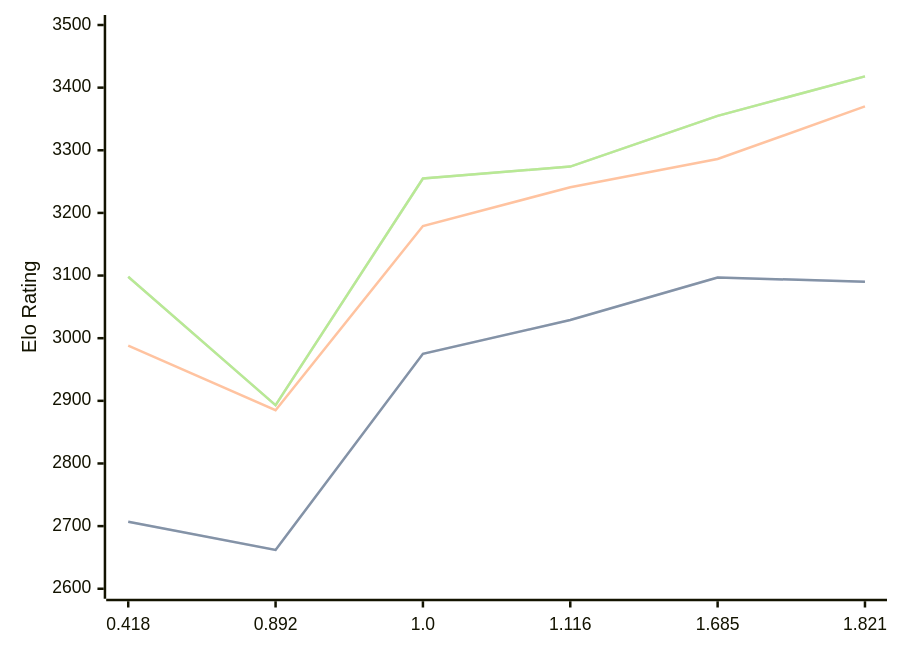
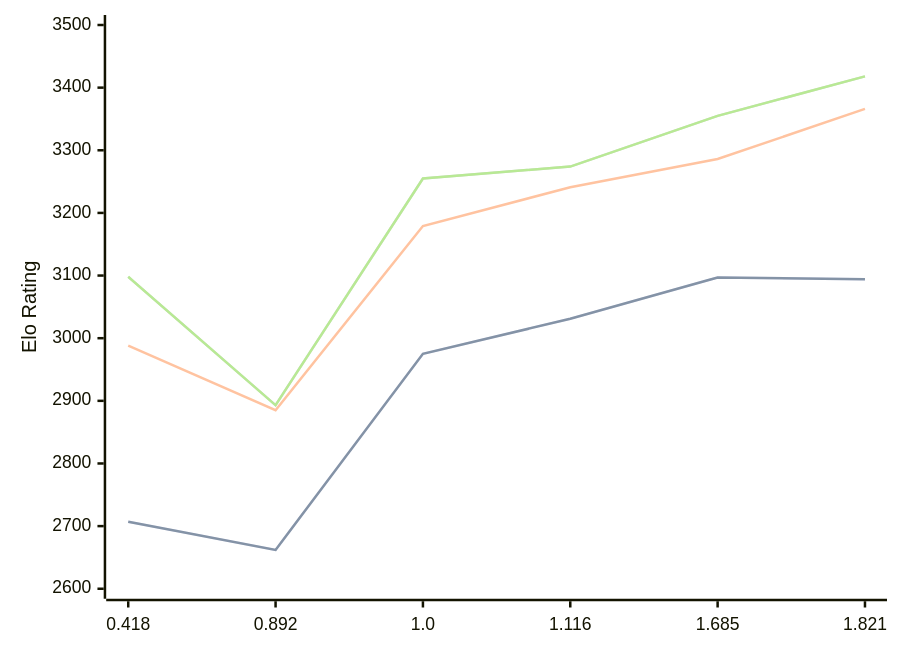
Before and after one commit to computer-chess-index/cci: the diagram in engines/Malika.md, drawn with Mermaid. The commit also changed other lines of this file, not shown here.

````diff
--- a/engines/Malika.md
+++ b/engines/Malika.md
@@ -36,11 +36,11 @@
 ```mermaid
 %%{init: {"theme":"base","themeVariables":{"seriesColors:['#a3a3a3','#222221','#faa371']}}}%%
 xychart-beta
   x-axis ["0.418", "0.892", "1.0", "1.116", "1.685", "1.821"]
   y-axis "Elo Rating" 2600 --> 3500
-  line "STC (8.0+0.08s)" [2707, 2662, 2975, 3029, 3097, 3090]
-  line "STC (8.0+0.08s)" [2707, 2662, 2975, 3029, 3097, 3090]
-  line "LTC (60.0+0.60s)" [2988, 2885, 3179, 3241, 3286, 3370]
+  line "STC (8.0+0.08s)" [2707, 2662, 2975, 3031, 3097, 3094]
+  line "STC (8.0+0.08s)" [2707, 2662, 2975, 3031, 3097, 3094]
+  line "LTC (60.0+0.60s)" [2988, 2885, 3179, 3241, 3286, 3366]
   line "VLTC (2m24s+1.12s)" [3098, 2893, 3255, 3274, 3355, 3418]
   line "VLTC (2m24s+1.12s)" [3098, 2893, 3255, 3274, 3355, 3418]
 ```
````
